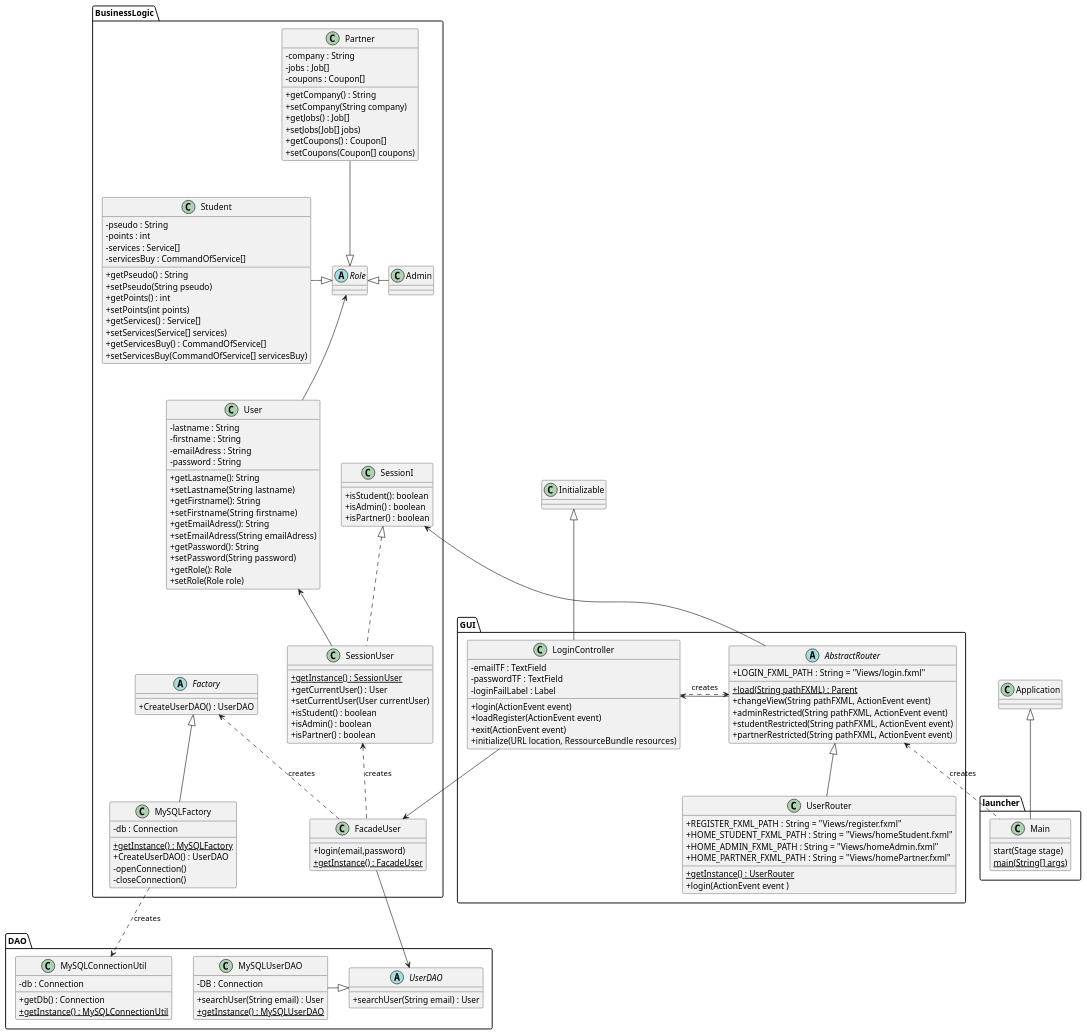
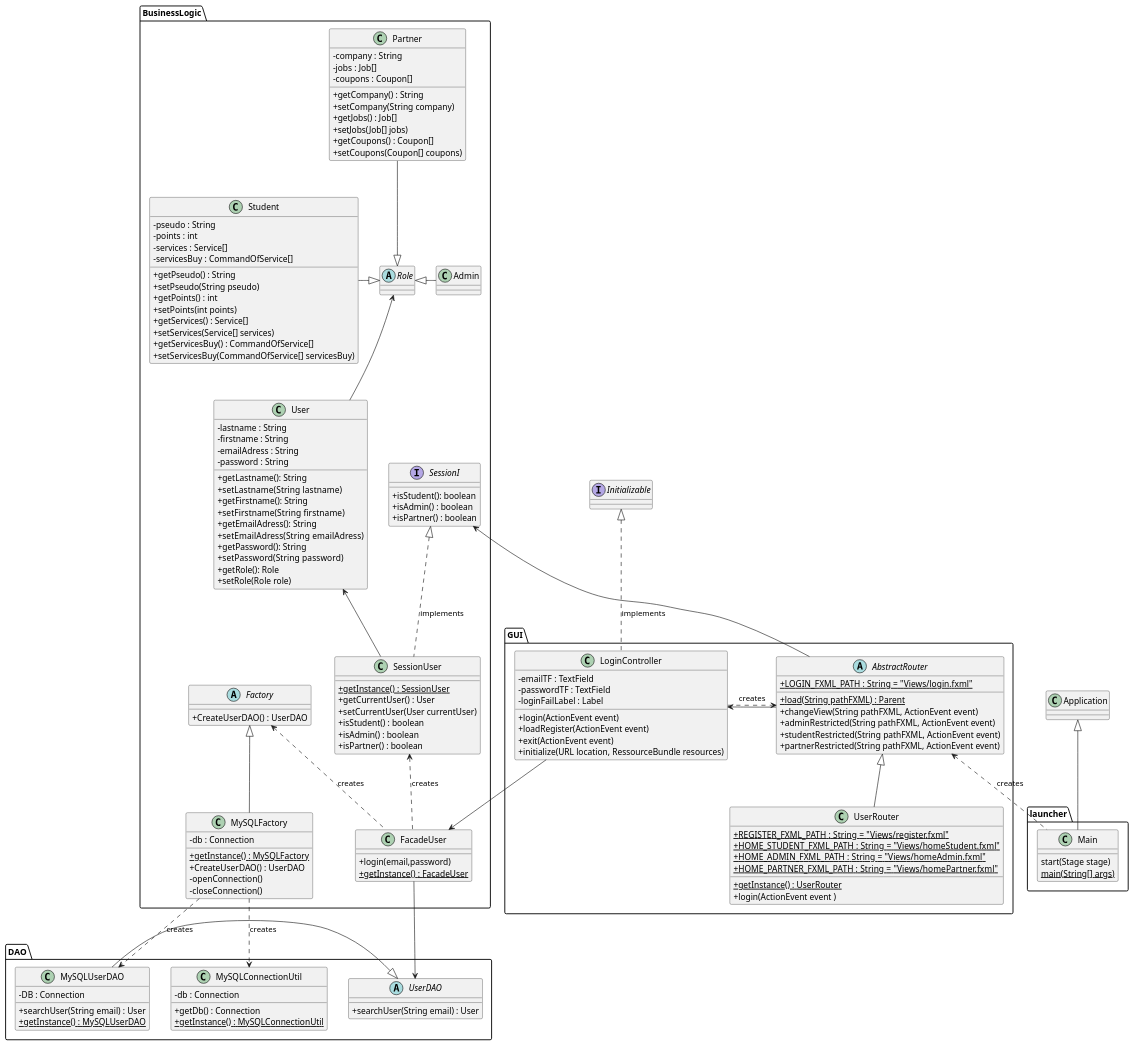
The diagram in classDiagrams/login.puml (guiguie34/StudEasy), drawn with PlantUML before and after one commit. The commit also changed 1 other file, not shown here.

Commit message:
Job Management class diagram + fix login class diagram

```diff
--- a/classDiagrams/login.puml
+++ b/classDiagrams/login.puml
@@ -1,177 +1,180 @@
 @startuml
 skinparam classAttributeIconSize 0
 
 class Application
 
 package launcher{
 
     class Main{
         start(Stage stage)
         {static} main(String[] args)
      }
 
     Application <|-- Main
 }
 
-class Initializable
+interface Initializable
 
 package GUI{
 
     abstract class AbstractRouter{
-        + LOGIN_FXML_PATH : String = "Views/login.fxml"
+        + {static} LOGIN_FXML_PATH : String = "Views/login.fxml"
         + {static} load(String pathFXML) : Parent
         + changeView(String pathFXML, ActionEvent event)
         + adminRestricted(String pathFXML, ActionEvent event)
         + studentRestricted(String pathFXML, ActionEvent event)
         + partnerRestricted(String pathFXML, ActionEvent event)
     }
 
     class LoginController{
             - emailTF : TextField
             - passwordTF : TextField
             - loginFailLabel : Label
             + login(ActionEvent event)
             + loadRegister(ActionEvent event)
             + exit(ActionEvent event)
             + initialize(URL location, RessourceBundle resources)
         }
 
     class UserRouter{
-        + REGISTER_FXML_PATH : String = "Views/register.fxml"
-        + HOME_STUDENT_FXML_PATH : String = "Views/homeStudent.fxml"
-        + HOME_ADMIN_FXML_PATH : String = "Views/homeAdmin.fxml"
-        + HOME_PARTNER_FXML_PATH : String = "Views/homePartner.fxml"
+        + {static} REGISTER_FXML_PATH : String = "Views/register.fxml"
+        + {static} HOME_STUDENT_FXML_PATH : String = "Views/homeStudent.fxml"
+        + {static} HOME_ADMIN_FXML_PATH : String = "Views/homeAdmin.fxml"
+        + {static} HOME_PARTNER_FXML_PATH : String = "Views/homePartner.fxml"
         + {static} getInstance() : UserRouter
         + login(ActionEvent event )
     }
 
-    Initializable <|-down- LoginController
+    Initializable <|.down. LoginController : implements
     AbstractRouter <.. Main : creates
     LoginController <-- AbstractRouter
     AbstractRouter <.left. LoginController : creates
     AbstractRouter <|-- UserRouter
 }
 
 package BusinessLogic{
 
     class FacadeUser{
         + login(email,password)
         + {static} getInstance() : FacadeUser
     }
 
     class SessionUser{
         + {static} getInstance() : SessionUser
         + getCurrentUser() : User
         + setCurrentUser(User currentUser)
         + isStudent() : boolean
         + isAdmin() : boolean
         + isPartner() : boolean
     }
 
-    class SessionI{
+    interface SessionI{
         + isStudent(): boolean
         + isAdmin() : boolean
         + isPartner() : boolean
 
     }
 
     class User{
         - lastname : String
         - firstname : String
         - emailAdress : String
         - password : String
         + getLastname(): String
         + setLastname(String  lastname)
         + getFirstname(): String
         + setFirstname(String  firstname)
         + getEmailAdress(): String
         + setEmailAdress(String  emailAdress)
         + getPassword(): String
         + setPassword(String  password)
         + getRole(): Role
         + setRole(Role role)
 
     }
 
     abstract class Role
 
     class Admin
 
     class Student{
         - pseudo : String
         - points : int
         - services : Service[]
         - servicesBuy : CommandOfService[]
         + getPseudo() : String
         + setPseudo(String pseudo)
         + getPoints() : int
         + setPoints(int points)
         + getServices() : Service[]
         + setServices(Service[] services)
         + getServicesBuy() : CommandOfService[]
         + setServicesBuy(CommandOfService[] servicesBuy)
     }
 
     class Partner{
         - company : String
         - jobs : Job[]
         - coupons : Coupon[]
         + getCompany() : String
         + setCompany(String company)
         + getJobs() : Job[]
         + setJobs(Job[] jobs)
         + getCoupons() : Coupon[]
         + setCoupons(Coupon[] coupons)
     }
 
     abstract class Factory{
         + CreateUserDAO() : UserDAO
     }
 
     class MySQLFactory{
         - db : Connection
         + {static} getInstance() : MySQLFactory
         + CreateUserDAO() : UserDAO
         - openConnection()
         - closeConnection()
     }
 
     Role <|-left Student
     Role <|-right Admin
     Role <|--up Partner
     Role <-- User
     User <-- SessionUser
-    SessionI <|.. SessionUser
+    SessionI <|.. SessionUser : implements
     SessionI <-- AbstractRouter
     SessionUser <.. FacadeUser : creates
     Factory <.. FacadeUser : creates
     Factory <|-- MySQLFactory
     FacadeUser <-up- LoginController
 }
 
 package DAO{
 
     abstract class UserDAO{
         + searchUser(String email) : User
     }
 
     class MySQLUserDAO{
         - DB : Connection
         + searchUser(String email) : User
         + {static} getInstance() : MySQLUserDAO
     }
 
     class MySQLConnectionUtil{
         - db : Connection
         + getDb() : Connection
         + {static} getInstance() : MySQLConnectionUtil
     }
 
     UserDAO <|-up MySQLUserDAO
-
     UserDAO <-up- FacadeUser
 
+    MySQLUserDAO <.up. MySQLFactory : creates
     MySQLConnectionUtil <.up. MySQLFactory : creates
+
+
+
 }
 
 @enduml
```
